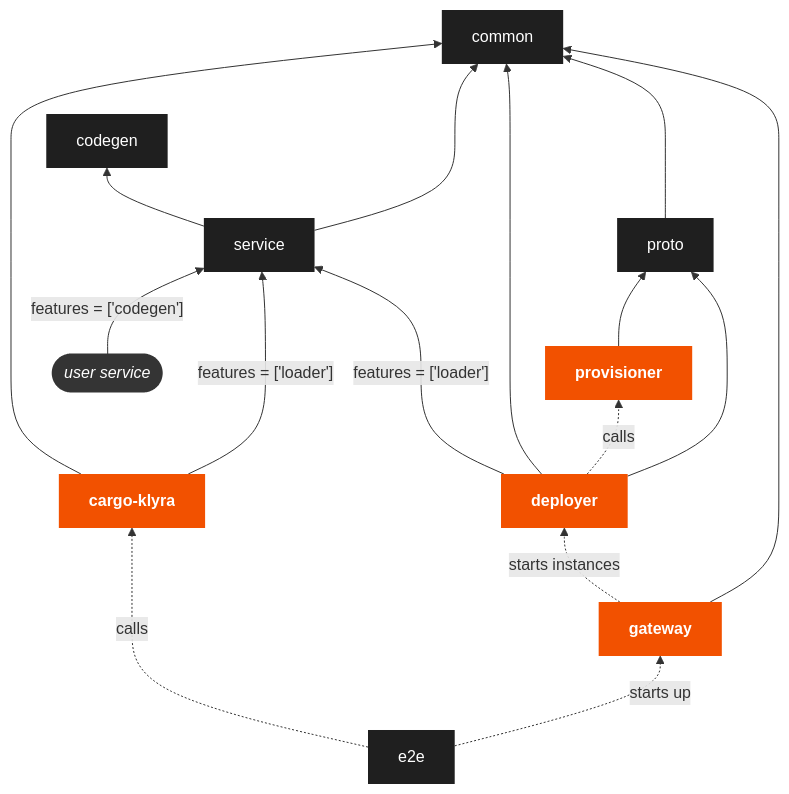
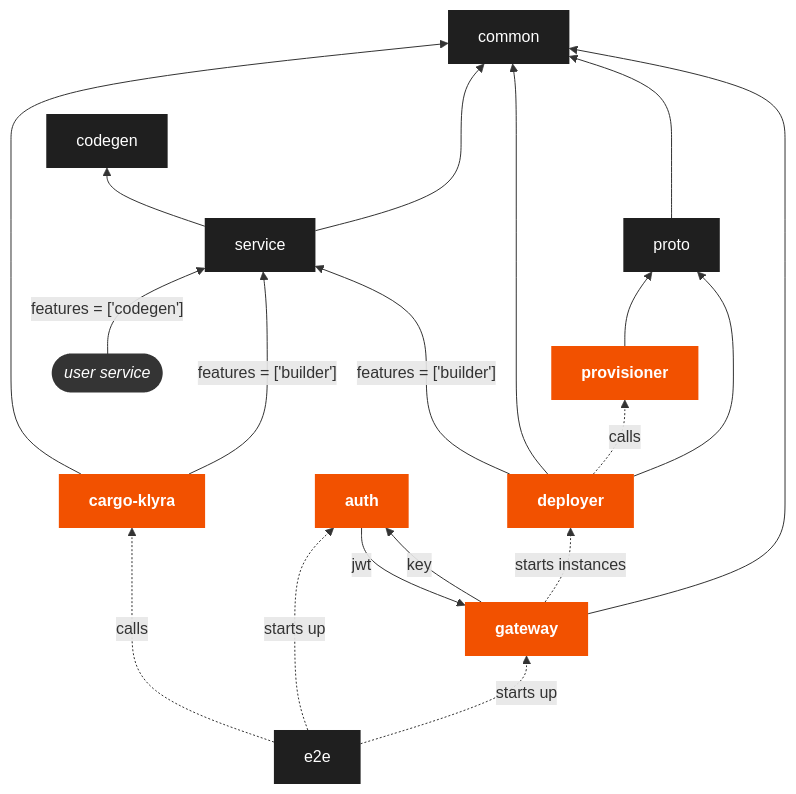
Before and after one commit to Klyra-project/Klyra: the diagram in CONTRIBUTING.md, drawn with Mermaid. The commit also changed other lines of this file and 1 other file, not shown here.

````diff
--- a/CONTRIBUTING.md
+++ b/CONTRIBUTING.md
@@ -216,32 +216,36 @@
 ```mermaid
 graph BT
     classDef default fill:#1f1f1f,stroke-width:0,color:white;
     classDef binary fill:#f25100,font-weight:bolder,stroke-width:0,color:white;
     classDef external fill:#343434,font-style:italic,stroke:#f25100,color:white;
 
     deployer:::binary
     cargo-klyra:::binary
     common
     codegen
     e2e
     proto
     provisioner:::binary
     service
     gateway:::binary
+    auth:::binary
     user([user service]):::external
     gateway --> common
     gateway -.->|starts instances| deployer
+    gateway -->|key| auth
+    auth -->|jwt| gateway
     deployer --> proto
     deployer -.->|calls| provisioner
     service ---> common
     deployer --> common
-    cargo-klyra --->|"features = ['loader']"| service
-    deployer -->|"features = ['loader']"| service
+    cargo-klyra --->|"features = ['builder']"| service
+    deployer -->|"features = ['builder']"| service
     cargo-klyra --> common
     service --> codegen
     proto ---> common
     provisioner --> proto
     e2e -.->|starts up| gateway
+    e2e -.->|starts up| auth
     e2e -.->|calls| cargo-klyra
     user -->|"features = ['codegen']"| service
 ```
````
